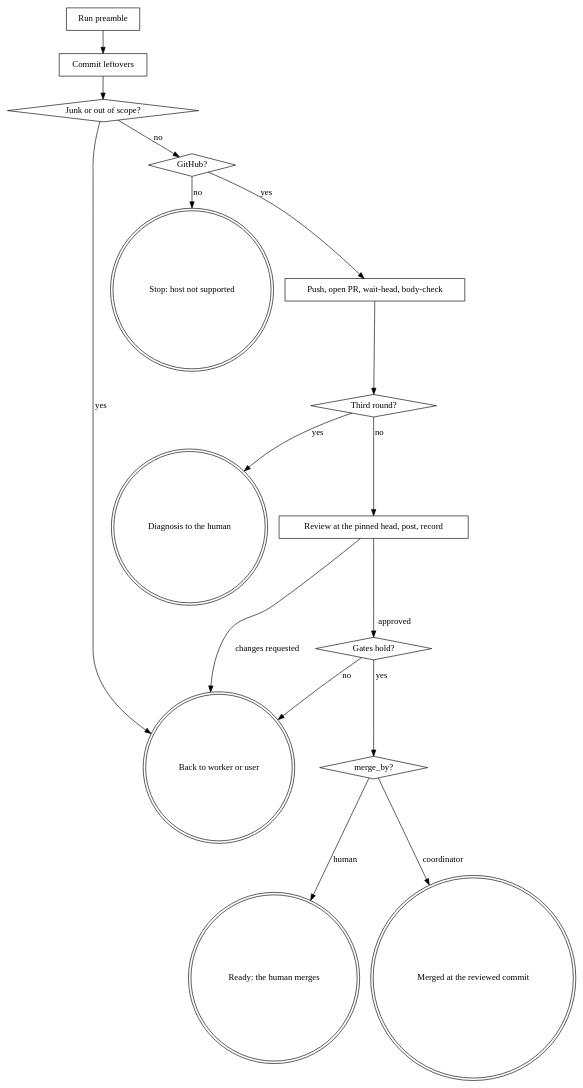
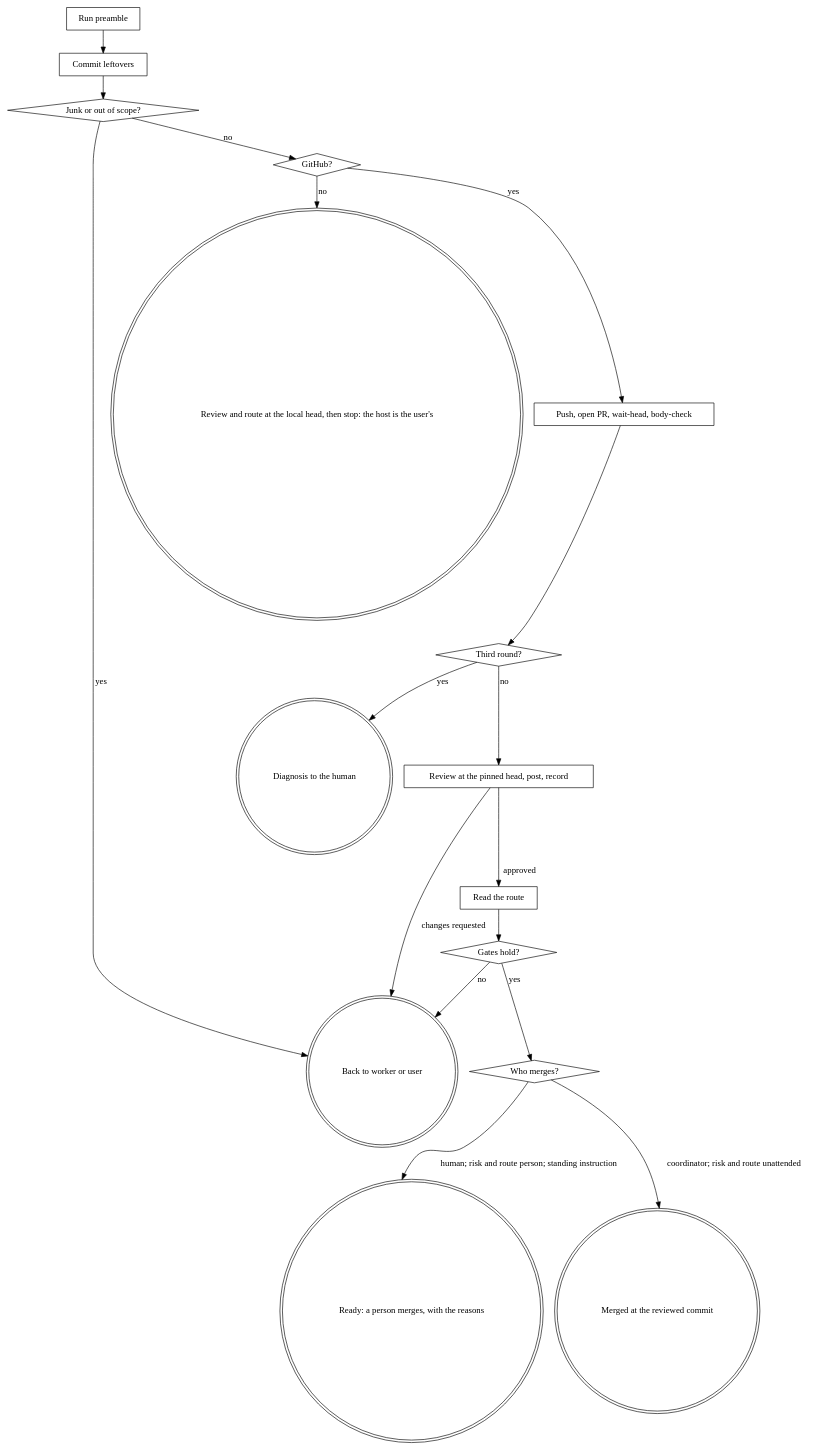
Before and after one commit to Yesterday-AI/ytstack: the diagram in skills/finish-lane/SKILL.md, drawn with Graphviz. The commit also changed other lines of this file and 16 other files, not shown here.

First line of the commit message:
M025-S02-T04: finish-lane reads the route and merges by it (skill half)

````diff
--- a/skills/finish-lane/SKILL.md
+++ b/skills/finish-lane/SKILL.md
@@ -49,33 +50,35 @@
 ```dot
 digraph finish_lane {
     "Run preamble" [shape=box];
     "Commit leftovers" [shape=box];
     "Junk or out of scope?" [shape=diamond];
     "Back to worker or user" [shape=doublecircle];
     "GitHub?" [shape=diamond];
-    "Stop: host not supported" [shape=doublecircle];
+    "Review and route at the local head, then stop: the host is the user's" [shape=doublecircle];
     "Push, open PR, wait-head, body-check" [shape=box];
     "Third round?" [shape=diamond];
     "Diagnosis to the human" [shape=doublecircle];
     "Review at the pinned head, post, record" [shape=box];
+    "Read the route" [shape=box];
     "Gates hold?" [shape=diamond];
-    "merge_by?" [shape=diamond];
-    "Ready: the human merges" [shape=doublecircle];
+    "Who merges?" [shape=diamond];
+    "Ready: a person merges, with the reasons" [shape=doublecircle];
     "Merged at the reviewed commit" [shape=doublecircle];
 
     "Run preamble" -> "Commit leftovers" -> "Junk or out of scope?";
     "Junk or out of scope?" -> "Back to worker or user" [label="yes"];
     "Junk or out of scope?" -> "GitHub?" [label="no"];
-    "GitHub?" -> "Stop: host not supported" [label="no"];
+    "GitHub?" -> "Review and route at the local head, then stop: the host is the user's" [label="no"];
     "GitHub?" -> "Push, open PR, wait-head, body-check" [label="yes"];
     "Push, open PR, wait-head, body-check" -> "Third round?";
     "Third round?" -> "Diagnosis to the human" [label="yes"];
     "Third round?" -> "Review at the pinned head, post, record" [label="no"];
     "Review at the pinned head, post, record" -> "Back to worker or user" [label="changes requested"];
-    "Review at the pinned head, post, record" -> "Gates hold?" [label="approved"];
+    "Review at the pinned head, post, record" -> "Read the route" [label="approved"];
+    "Read the route" -> "Gates hold?";
     "Gates hold?" -> "Back to worker or user" [label="no"];
-    "Gates hold?" -> "merge_by?" [label="yes"];
-    "merge_by?" -> "Ready: the human merges" [label="human"];
-    "merge_by?" -> "Merged at the reviewed commit" [label="coordinator"];
+    "Gates hold?" -> "Who merges?" [label="yes"];
+    "Who merges?" -> "Ready: a person merges, with the reasons" [label="human; risk and route person; standing instruction"];
+    "Who merges?" -> "Merged at the reviewed commit" [label="coordinator; risk and route unattended"];
 }
 ```
````
